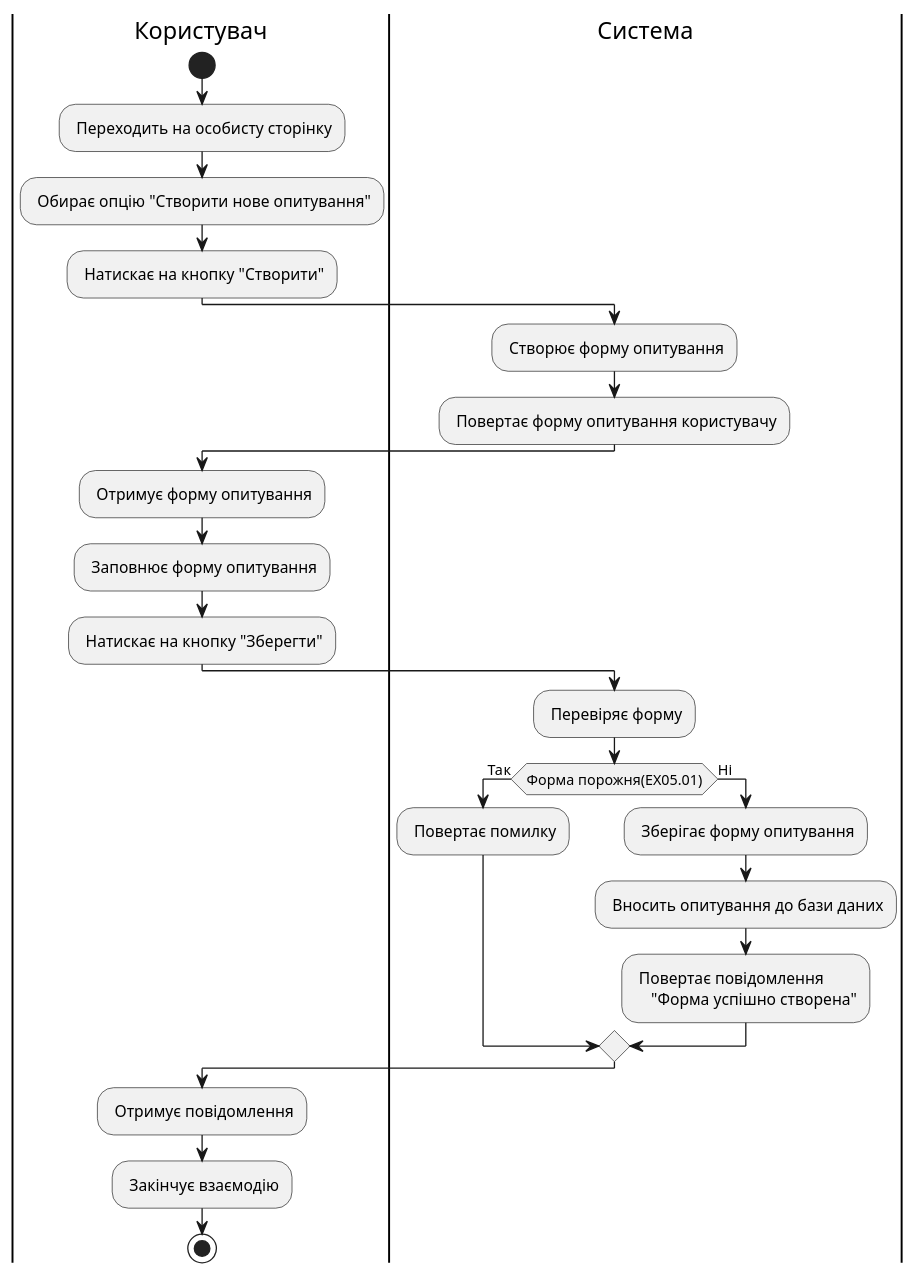
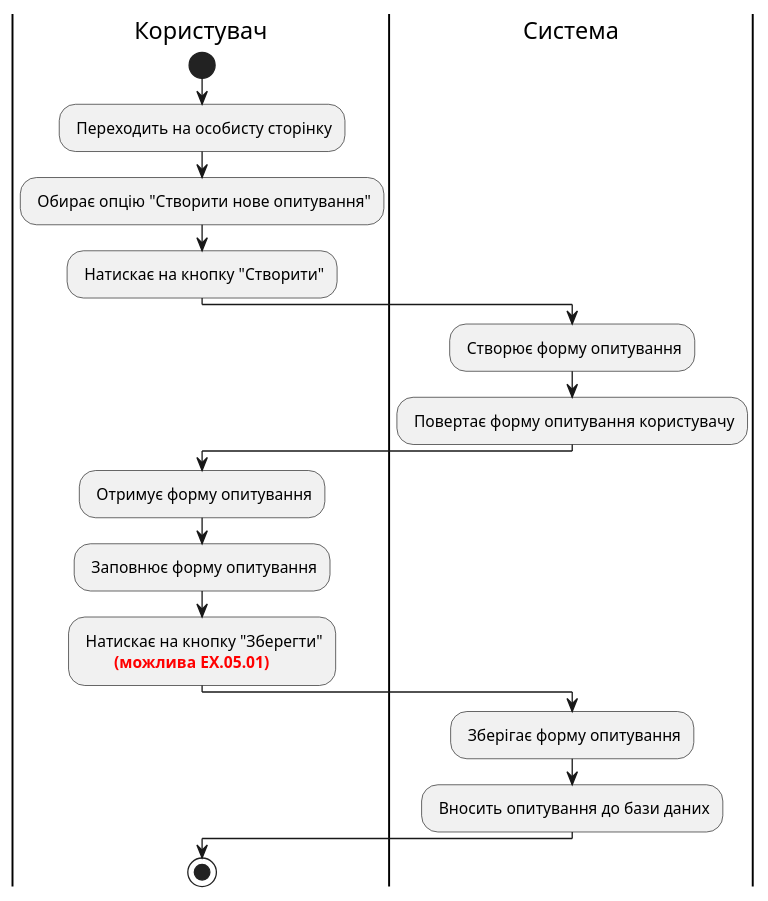
Before and after one commit to edu-db/edu_db_labs: the ninth of 16 diagrams in docs/use cases/README.md, drawn with PlantUML. The commit also changed other lines of this file, not shown here.

```diff
--- a/docs/use cases/README.md
+++ b/docs/use cases/README.md
@@ -285,42 +283,30 @@
 @startuml
 
 |Користувач|
 
     start
     : Переходить на особисту сторінку;
     : Обирає опцію "Створити нове опитування";
     : Натискає на кнопку "Створити";      
 
 |Система|
 
     : Створює форму опитування;
     : Повертає форму опитування користувачу;
 
 |Користувач|
 
     : Отримує форму опитування; 
     : Заповнює форму опитування;
-    : Натискає на кнопку "Зберегти";
+    : Натискає на кнопку "Зберегти"\n\t<font color="red"><b>(можлива EX.05.01);
 
 |Система|
-
-    : Перевіряє форму;
-    if (Форма порожня(EX05.01)) then (Так)
-        : Повертає помилку;
   
-    else (Ні)
-        : Зберігає форму опитування;
-        : Вносить опитування до бази даних;
-        : Повертає повідомлення 
-            "Форма успішно створена";
-  
-    endif
+    : Зберігає форму опитування;
+    : Вносить опитування до бази даних;
 
 |Користувач|
-
-    : Отримує повідомлення;
-    : Закінчує взаємодію;
 
     stop;
 
 @enduml
```
